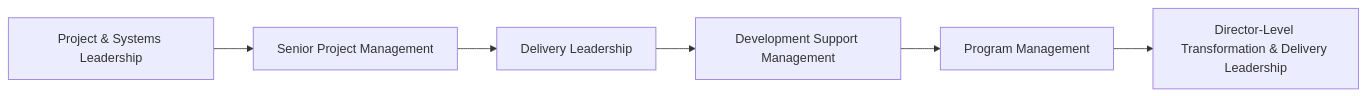
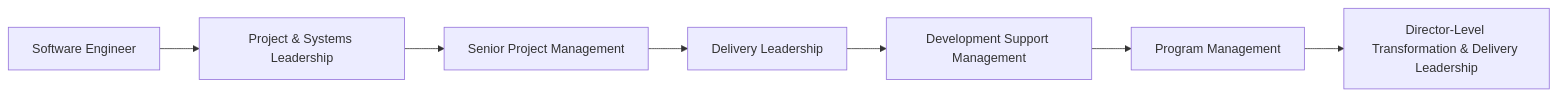
Before and after one commit to StephenWinton/stephen-winton-portfolio: the diagram in impact/career-impact-snapshot.md, drawn with Mermaid. The commit also changed other lines of this file, not shown here.

Commit message:
Correct career progression to begin with software engineering

````diff
--- a/impact/career-impact-snapshot.md
+++ b/impact/career-impact-snapshot.md
@@ -27,8 +27,9 @@
 ```mermaid
 flowchart LR
-    A[Project & Systems Leadership] --> B[Senior Project Management]
-    B --> C[Delivery Leadership]
-    C --> D[Development Support Management]
-    D --> E[Program Management]
-    E --> F[Director-Level Transformation & Delivery Leadership]
+    A[Software Engineer] --> B[Project & Systems Leadership]
+    B --> C[Senior Project Management]
+    C --> D[Delivery Leadership]
+    D --> E[Development Support Management]
+    E --> F[Program Management]
+    F --> G[Director-Level Transformation & Delivery Leadership]
 ```
````
